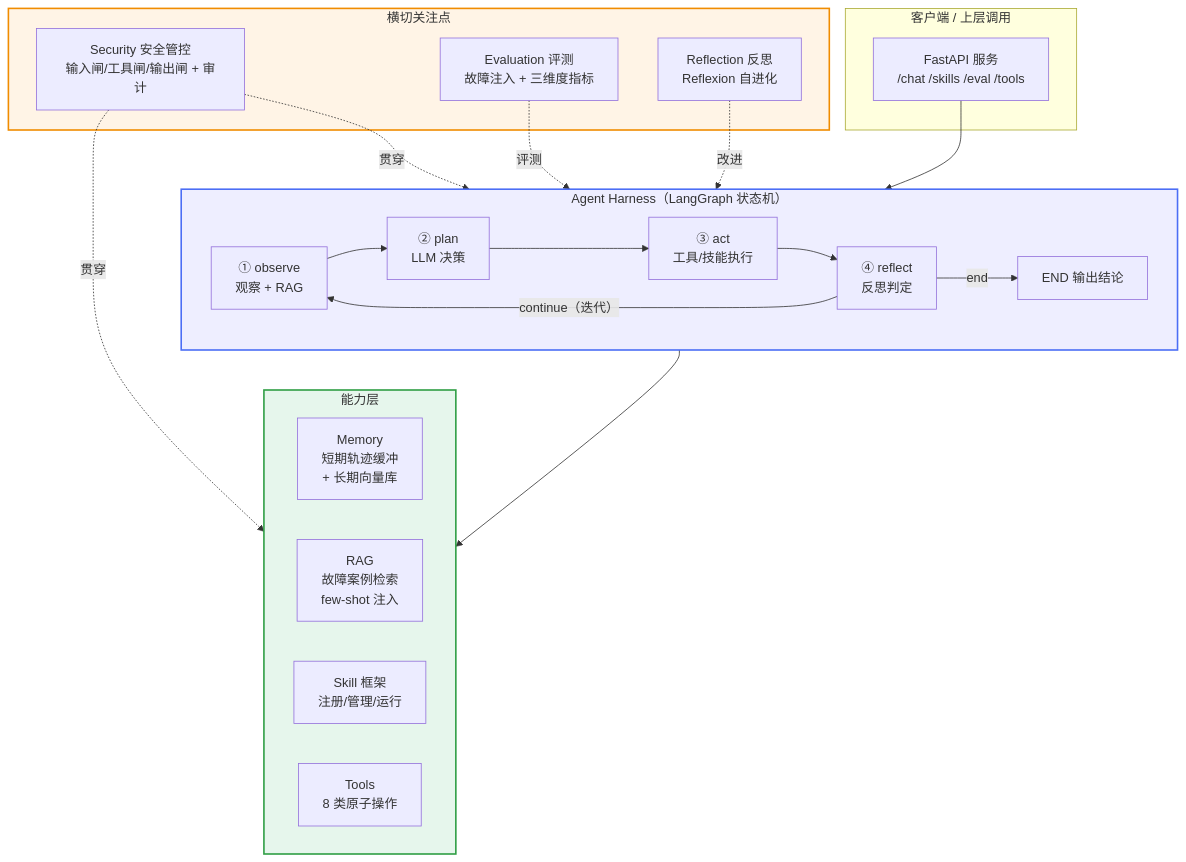
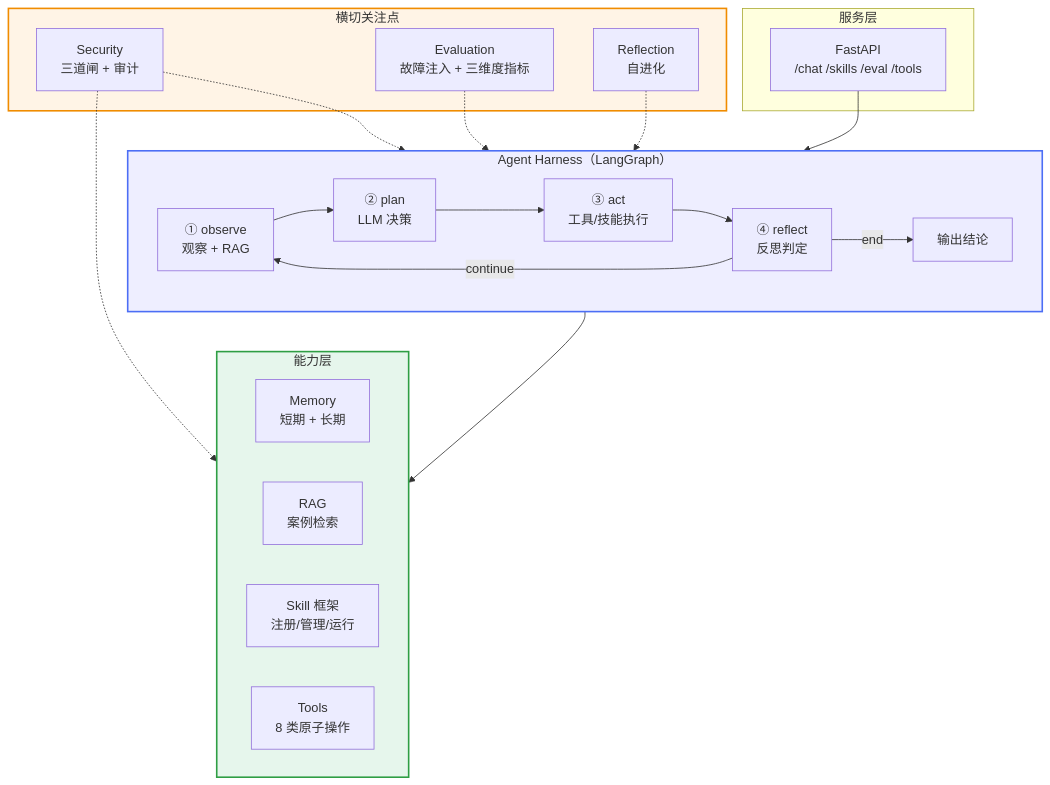
One commit to x1Fan-lcx/PE_agent changed the first of 2 diagrams in README.md. Above: the diagram before and after it, drawn with Mermaid. The commit also changed other lines of this file, not shown here.

````diff
--- a/README.md
+++ b/README.md
@@ -58,39 +63,39 @@
 ```mermaid
 flowchart TB
-    subgraph Client["客户端 / 上层调用"]
-        C1["FastAPI 服务<br/>/chat /skills /eval /tools"]
+    subgraph Client["服务层"]
+        C1["FastAPI<br/>/chat /skills /eval /tools"]
     end
 
-    subgraph Harness["Agent Harness（LangGraph 状态机）"]
+    subgraph Harness["Agent Harness（LangGraph）"]
         direction LR
         O["① observe<br/>观察 + RAG"] --> P["② plan<br/>LLM 决策"]
         P --> A["③ act<br/>工具/技能执行"]
         A --> R["④ reflect<br/>反思判定"]
-        R -->|"continue（迭代）"| O
-        R -->|"end"| E["END 输出结论"]
+        R -->|"continue"| O
+        R -->|"end"| E["输出结论"]
     end
 
     subgraph Cap["能力层"]
-        M["Memory<br/>短期轨迹缓冲<br/>+ 长期向量库"]
-        RG["RAG<br/>故障案例检索<br/>few-shot 注入"]
+        M["Memory<br/>短期 + 长期"]
+        RG["RAG<br/>案例检索"]
         SK["Skill 框架<br/>注册/管理/运行"]
         TL["Tools<br/>8 类原子操作"]
     end
 
     subgraph Cross["横切关注点"]
-        SE["Security 安全管控<br/>输入闸/工具闸/输出闸 + 审计"]
-        EV["Evaluation 评测<br/>故障注入 + 三维度指标"]
-        RE["Reflection 反思<br/>Reflexion 自进化"]
+        SE["Security<br/>三道闸 + 审计"]
+        EV["Evaluation<br/>故障注入 + 三维度指标"]
+        RE["Reflection<br/>自进化"]
     end
 
     C1 --> Harness
     Harness --> Cap
-    SE -.贯穿.-> Harness
-    SE -.贯穿.-> Cap
-    EV -.评测.-> Harness
-    RE -.改进.-> Harness
+    SE -.-> Harness
+    SE -.-> Cap
+    EV -.-> Harness
+    RE -.-> Harness
 
     style Harness fill:#eef,stroke:#4c6ef5,stroke-width:2px
     style Cap fill:#e6f6ec,stroke:#2f9e44,stroke-width:2px
     style Cross fill:#fff4e6,stroke:#f08c00,stroke-width:2px
 ```
````
